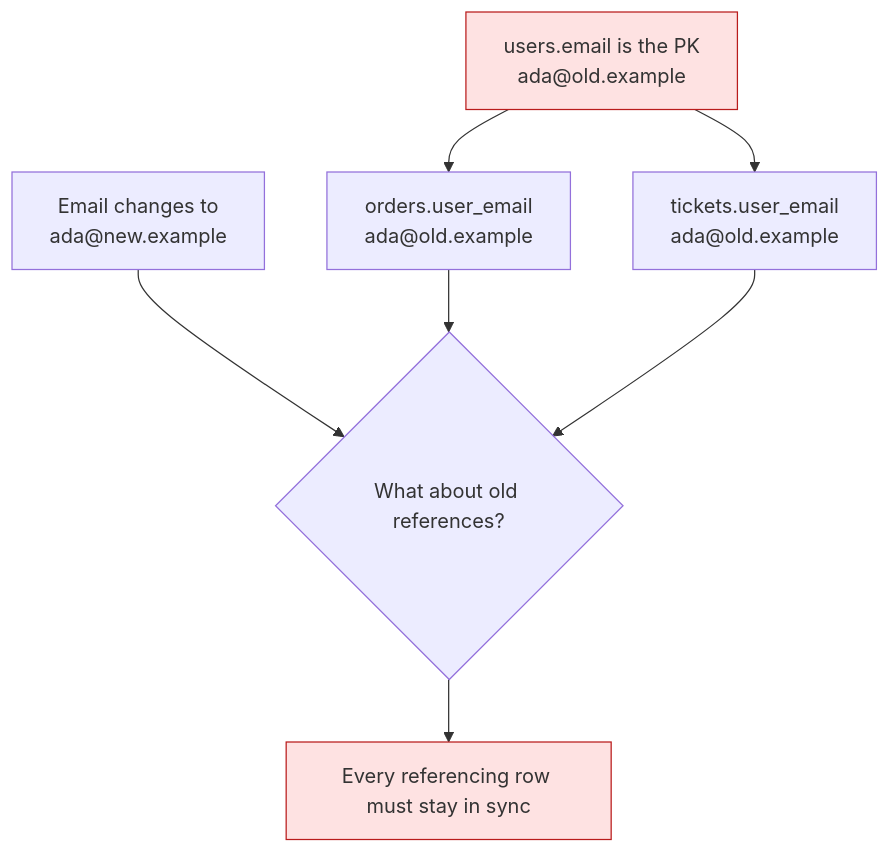
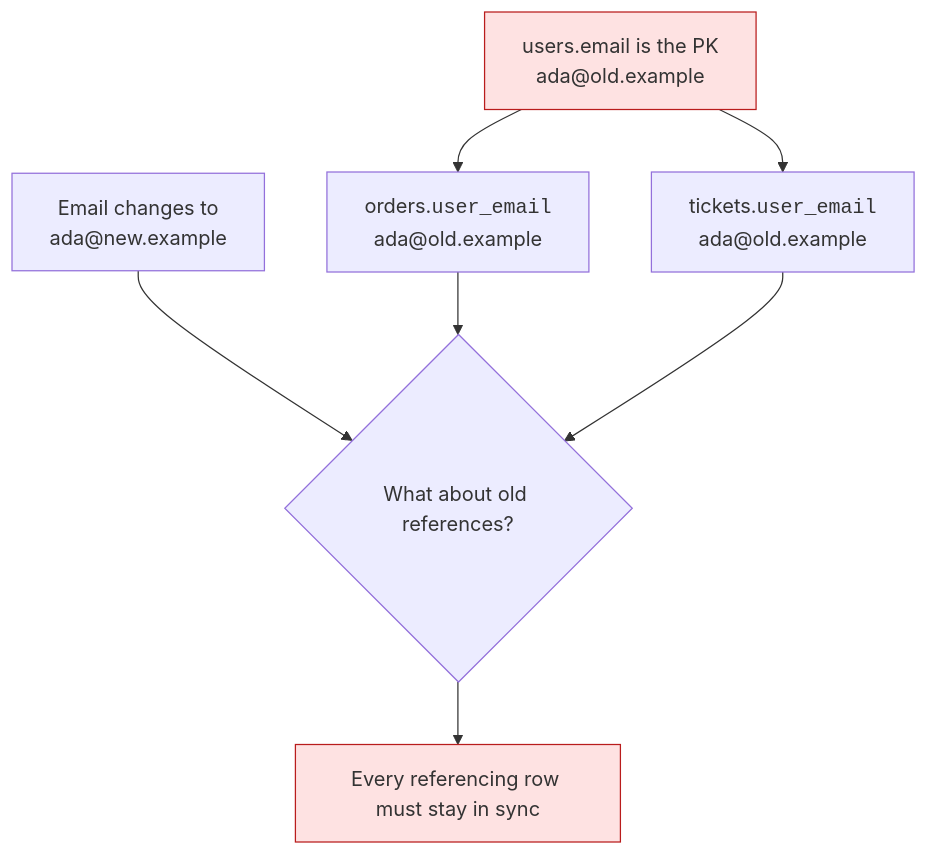
The fourth of 7 diagrams in content/learn/database-design-postgresql/natural-vs-surrogate-keys.mdx (dataslope/dataslope), drawn with Mermaid before and after one commit. The commit also changed other lines of this file and 153 other files, not shown here.

First line of the commit message:
Render code-only mermaid shapes in monospace; convert step sequences to Steps

````diff
--- a/content/learn/database-design-postgresql/natural-vs-surrogate-keys.mdx
+++ b/content/learn/database-design-postgresql/natural-vs-surrogate-keys.mdx
@@ -141,10 +141,10 @@
 ```mermaid
 flowchart TB
-    A["users.email is the PK<br/>ada@old.example"]:::bad --> B["orders.user_email<br/>ada@old.example"]
-    A --> C["tickets.user_email<br/>ada@old.example"]
+    A["users.email is the PK<br/>ada@old.example"]:::bad --> B["orders.<code>user_email</code><br/>ada@old.example"]
+    A --> C["tickets.<code>user_email</code><br/>ada@old.example"]
     D["Email changes to<br/>ada@new.example"] --> E{"What about old references?"}
     B --> E
     C --> E
     E --> F["Every referencing row must stay in sync"]:::bad
     classDef bad fill:#fee2e2,stroke:#b91c1c
 ```
````
